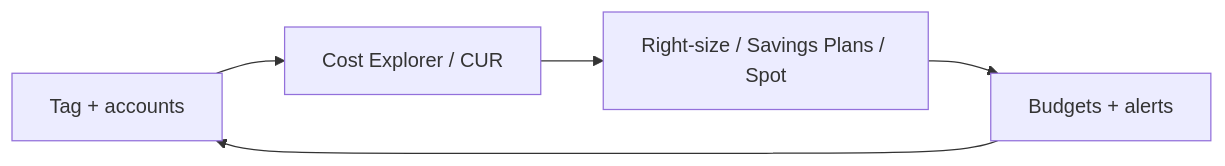
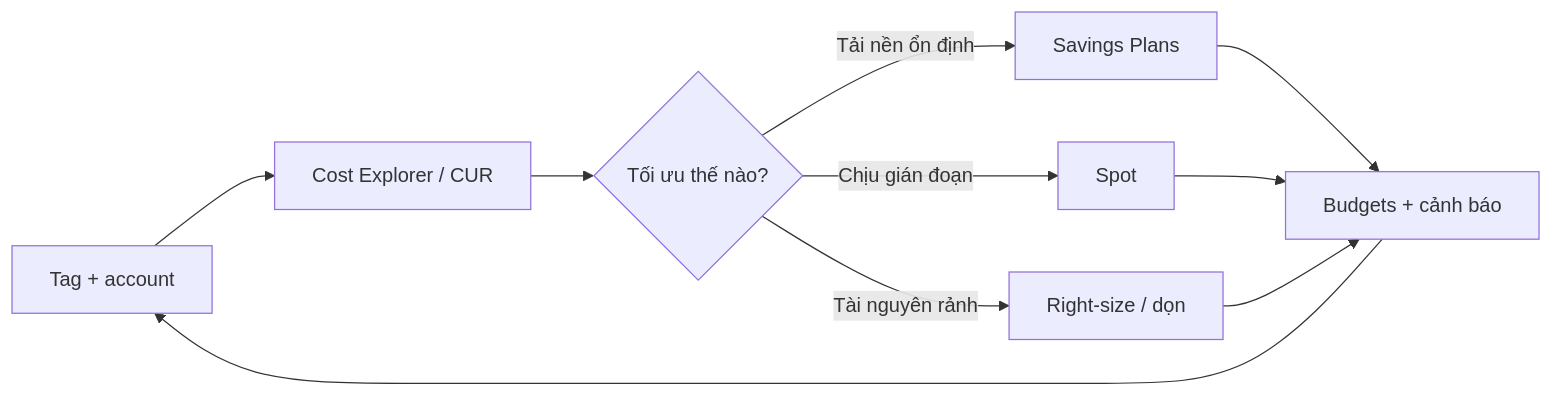
One commit to passion-Infinity/personal-tech-playbook changed the diagram in src/assets/knowledge/playbooks/aws/aws-cost-optimization-billing.md. Above: the diagram before and after it, drawn with Mermaid. The commit also changed other lines of this file and 4 other files, not shown here.

First line of the commit message:
Deep-dive rewrite: AWS cost/FinOps, developer toolkit, backup, cert roadmap (AWS topic complete)

````diff
--- a/src/assets/knowledge/playbooks/aws/aws-cost-optimization-billing.md
+++ b/src/assets/knowledge/playbooks/aws/aws-cost-optimization-billing.md
@@ -17,7 +33,12 @@
 ```mermaid
 flowchart LR
-    T["Tag + accounts"] --> CE["Cost Explorer / CUR"]
-    CE --> OPT["Right-size / Savings Plans / Spot"]
-    OPT --> BG["Budgets + alerts"]
+    T["Tag + account"] --> CE["Cost Explorer / CUR"]
+    CE --> OPT{Tối ưu thế nào?}
+    OPT -->|"Tải nền ổn định"| SP["Savings Plans"]
+    OPT -->|"Chịu gián đoạn"| SPOT[Spot]
+    OPT -->|"Tài nguyên rảnh"| RS["Right-size / dọn"]
+    SP --> BG["Budgets + cảnh báo"]
+    SPOT --> BG
+    RS --> BG
     BG --> T
 ```
````
